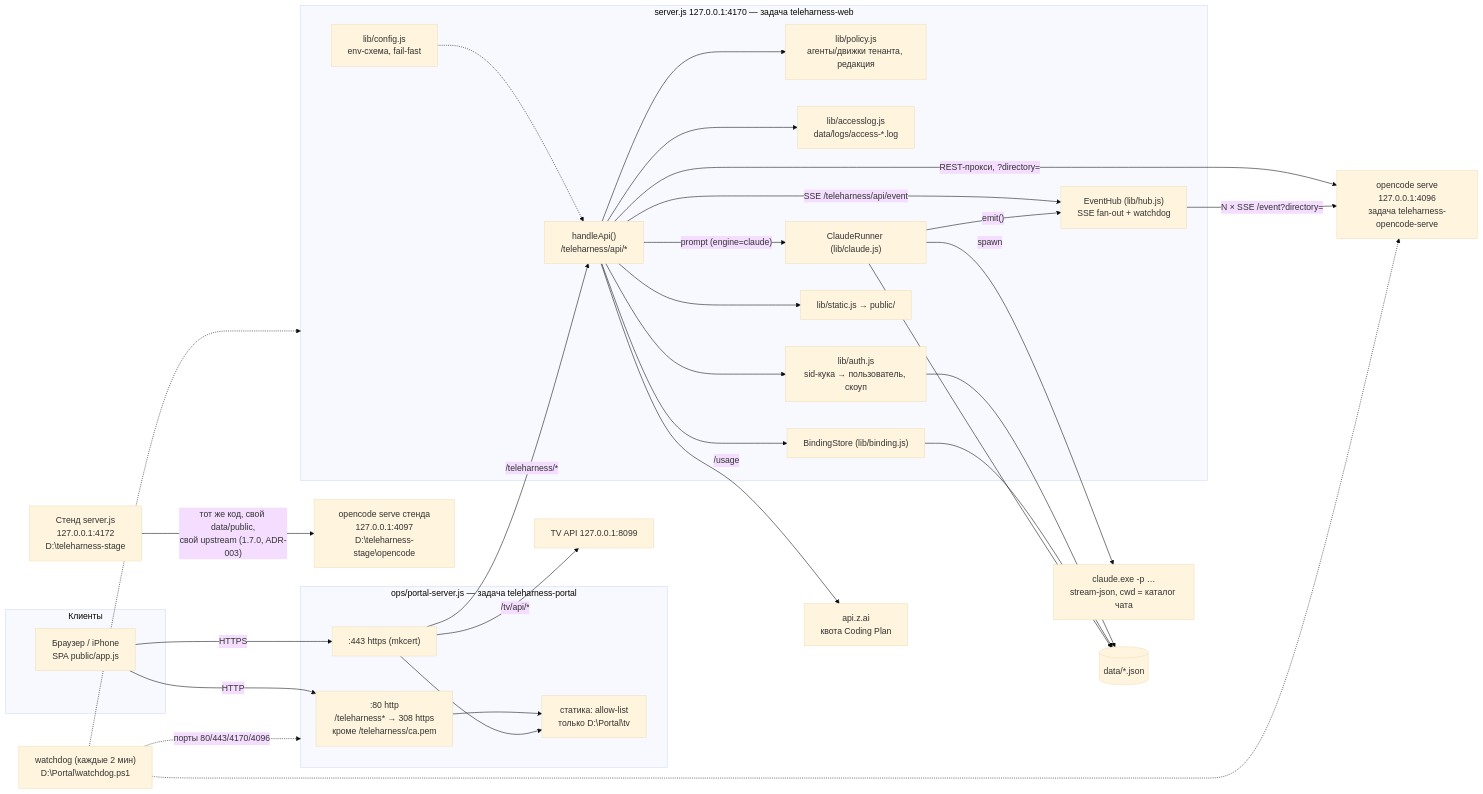
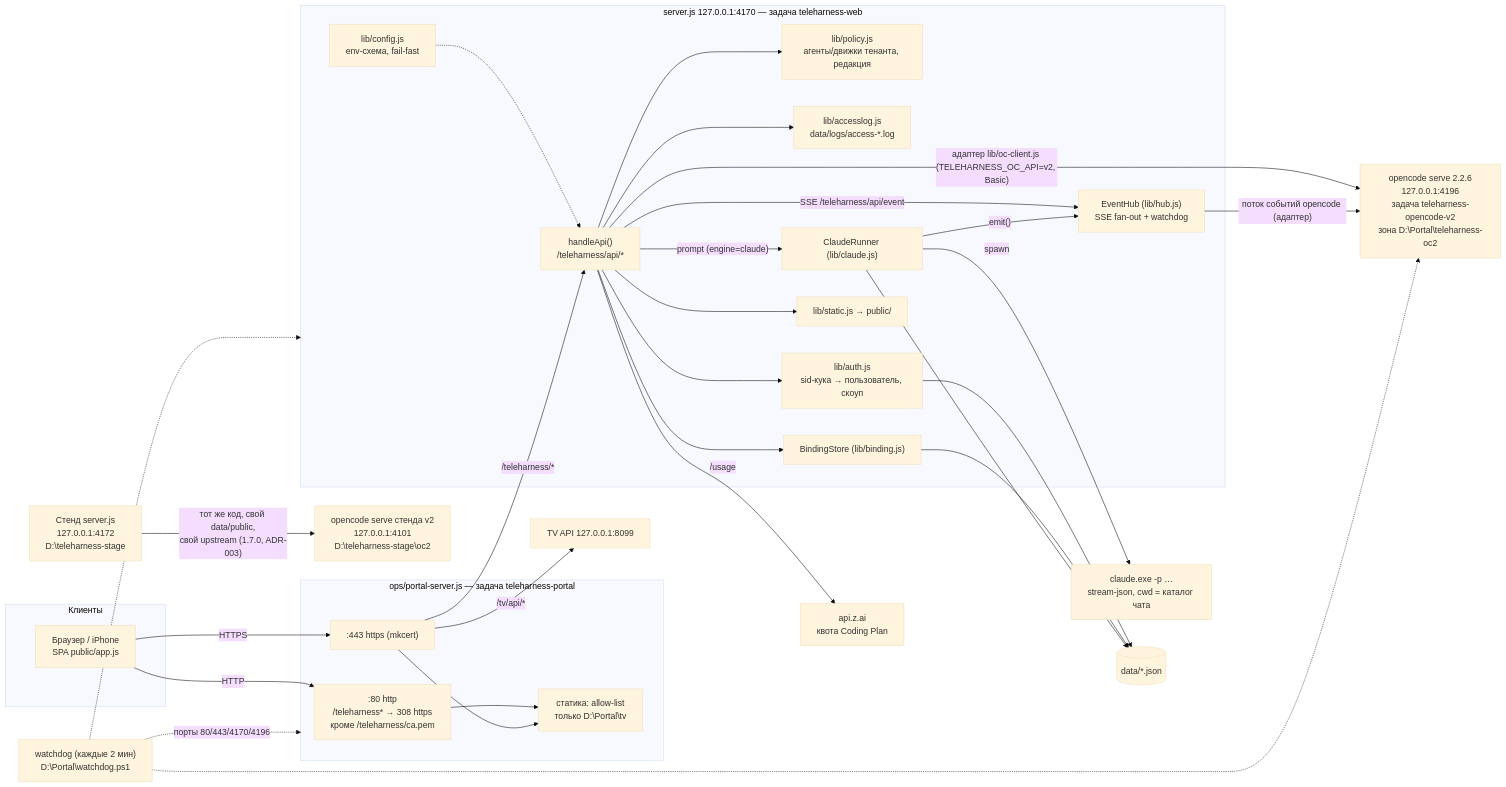
Before and after one commit to al3x4kov/teleharness: the first of 3 diagrams in docs/architecture.md, drawn with Mermaid (base theme). The commit also changed other lines of this file and 256 other files, not shown here.

First line of the commit message:
Teleharness 1.19.2: Relay, subscriptions, chat journal, opencode 2.x, macOS guide

````diff
--- a/docs/architecture.md
+++ b/docs/architecture.md
@@ -51,57 +51,57 @@
 ```mermaid
 flowchart LR
   subgraph Клиенты
     B["Браузер / iPhone<br/>SPA public/app.js"]
   end
   subgraph Edge["ops/portal-server.js — задача teleharness-portal"]
     E80[":80 http<br/>/teleharness* → 308 https<br/>кроме /teleharness/ca.pem"]
     E443[":443 https (mkcert)"]
     ST["статика: allow-list<br/>только D:\Portal\tv"]
   end
   subgraph Portal["server.js 127.0.0.1:4170 — задача teleharness-web"]
     API["handleApi()<br/>/teleharness/api/*"]
     CFG["lib/config.js<br/>env-схема, fail-fast"]
     POL["lib/policy.js<br/>агенты/движки тенанта, редакция"]
     LOG["lib/accesslog.js<br/>data/logs/access-*.log"]
     AUTH["lib/auth.js<br/>sid-кука → пользователь, скоуп"]
     HUB["EventHub (lib/hub.js)<br/>SSE fan-out + watchdog"]
     CR["ClaudeRunner (lib/claude.js)"]
     BS["BindingStore (lib/binding.js)"]
     STA["lib/static.js → public/"]
   end
-  OC["opencode serve<br/>127.0.0.1:4096<br/>задача teleharness-opencode-serve"]
-  OCS["opencode serve стенда<br/>127.0.0.1:4097<br/>D:\teleharness-stage\opencode"]
+  OC["opencode serve 2.2.6<br/>127.0.0.1:4196<br/>задача teleharness-opencode-v2<br/>зона D:\Portal\teleharness-oc2"]
+  OCS["opencode serve стенда v2<br/>127.0.0.1:4101<br/>D:\teleharness-stage\oc2"]
   CLI["claude.exe -p …<br/>stream-json, cwd = каталог чата"]
   TELEHARNESS["api.z.ai<br/>квота Coding Plan"]
   TV["TV API 127.0.0.1:8099"]
   DATA[("data/*.json")]
   STAND["Стенд server.js<br/>127.0.0.1:4172<br/>D:\teleharness-stage"]
   WD["watchdog (каждые 2 мин)<br/>D:\Portal\watchdog.ps1"]
 
   B -- HTTPS --> E443
   B -- HTTP --> E80
   E80 --> ST
   E443 -- "/teleharness/*" --> API
   E443 -- "/tv/api/*" --> TV
   E443 --> ST
   API --> AUTH
   API --> POL
   API --> LOG
   CFG -.-> API
-  API -- REST-прокси, ?directory= --> OC
-  HUB -- "N × SSE /event?directory=" --> OC
+  API -- "адаптер lib/oc-client.js (TELEHARNESS_OC_API=v2, Basic)" --> OC
+  HUB -- "поток событий opencode (адаптер)" --> OC
   API -- "SSE /teleharness/api/event" --> HUB
   API -- prompt (engine=claude) --> CR
   CR -- spawn --> CLI
   CR -- emit() --> HUB
   API --> BS
   API --> STA
   API -- "/usage" --> TELEHARNESS
   AUTH --> DATA
   BS --> DATA
   CR --> DATA
   STAND -- "тот же код, свой data/public,<br/>свой upstream (1.7.0, ADR-003)" --> OCS
-  WD -. "порты 80/443/4170/4096" .-> Edge
+  WD -. "порты 80/443/4170/4196" .-> Edge
   WD -.-> Portal
   WD -.-> OC
 ```
````
